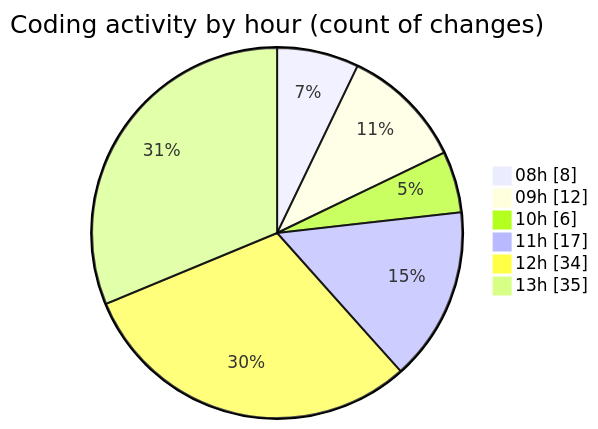
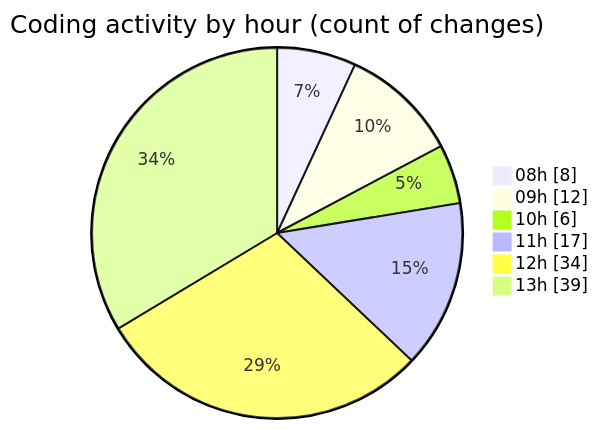
The second of 2 diagrams in 2025-09-15/cda/README.md (momahboobian/code-tracking), drawn with Mermaid before and after one commit. The commit also changed other lines of this file and 1 other file, not shown here.

````diff
--- a/2025-09-15/cda/README.md
+++ b/2025-09-15/cda/README.md
@@ -35,10 +35,10 @@
 ```mermaid
 pie showData
 title Coding activity by hour (count of changes)
 "08h" : 8
 "09h" : 12
 "10h" : 6
 "11h" : 17
 "12h" : 34
-"13h" : 35
+"13h" : 39
 ```
````
